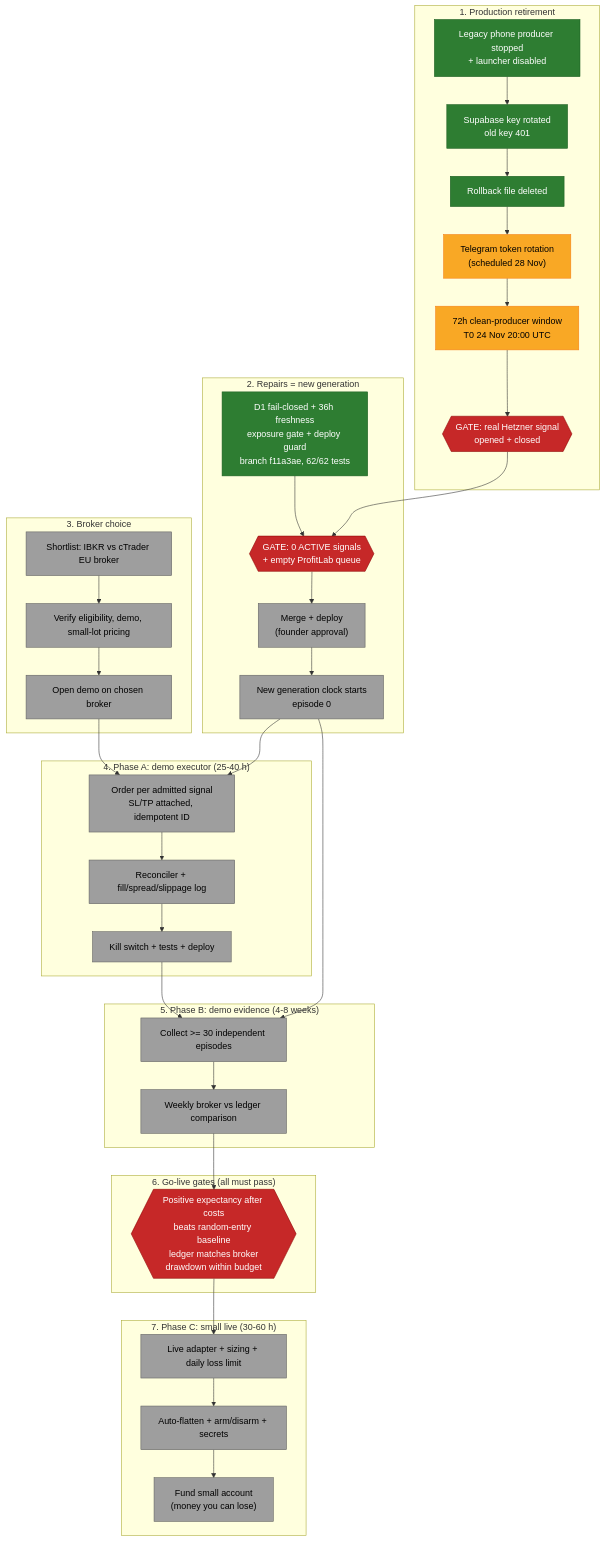
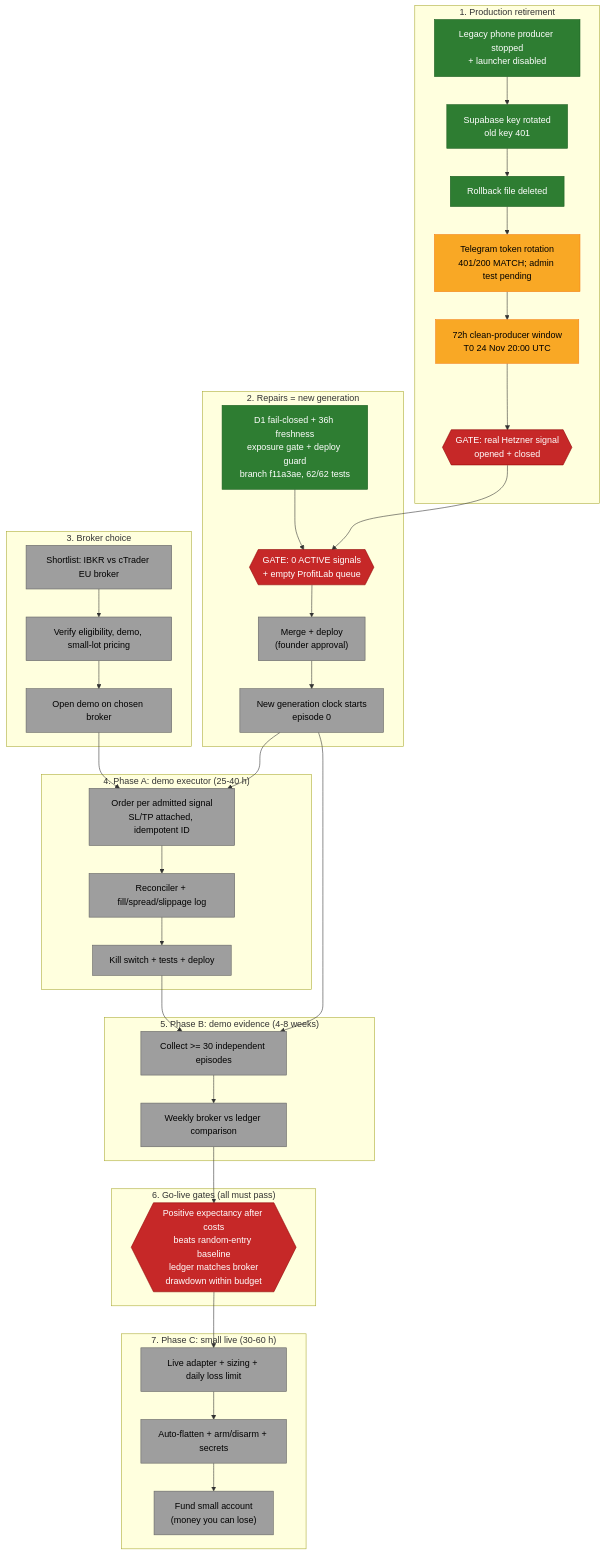
Before and after one commit to Ciupanezulflipper/BotA: the diagram in docs/plans/bota-execution-go-live-roadmap.md, drawn with Mermaid. The commit also changed other lines of this file and 3 other files, not shown here.

Commit message:
docs: reconcile BotA roadmap evidence and add canonical pointers (#140)

````diff
--- a/docs/plans/bota-execution-go-live-roadmap.md
+++ b/docs/plans/bota-execution-go-live-roadmap.md
@@ -10,69 +10,69 @@
 ```mermaid
 flowchart TD
     subgraph R["1. Production retirement"]
         R1["Legacy phone producer stopped<br/>+ launcher disabled"]
         R2["Supabase key rotated<br/>old key 401"]
         R3["Rollback file deleted"]
-        R4["Telegram token rotation<br/>(scheduled 28 Nov)"]
+        R4["Telegram token rotation<br/>401/200 MATCH; admin test pending"]
         R5["72h clean-producer window<br/>T0 24 Nov 20:00 UTC"]
         R6{{"GATE: real Hetzner signal<br/>opened + closed"}}
         R1 --> R2 --> R3 --> R4 --> R5 --> R6
     end
 
     subgraph P["2. Repairs = new generation"]
         P1["D1 fail-closed + 36h freshness<br/>exposure gate + deploy guard<br/>branch f11a3ae, 62/62 tests"]
         P2{{"GATE: 0 ACTIVE signals<br/>+ empty ProfitLab queue"}}
         P3["Merge + deploy<br/>(founder approval)"]
         P4["New generation clock starts<br/>episode 0"]
         P1 --> P2 --> P3 --> P4
     end
 
     subgraph B["3. Broker choice"]
         B1["Shortlist: IBKR vs cTrader EU broker"]
         B2["Verify eligibility, demo, small-lot pricing"]
         B3["Open demo on chosen broker"]
         B1 --> B2 --> B3
     end
 
     subgraph A["4. Phase A: demo executor (25-40 h)"]
         A1["Order per admitted signal<br/>SL/TP attached, idempotent ID"]
         A2["Reconciler + fill/spread/slippage log"]
         A3["Kill switch + tests + deploy"]
         A1 --> A2 --> A3
     end
 
     subgraph D["5. Phase B: demo evidence (4-8 weeks)"]
         D1["Collect >= 30 independent episodes"]
         D2["Weekly broker vs ledger comparison"]
         D1 --> D2
     end
 
     subgraph G["6. Go-live gates (all must pass)"]
         G1{{"Positive expectancy after costs<br/>beats random-entry baseline<br/>ledger matches broker<br/>drawdown within budget"}}
     end
 
     subgraph C["7. Phase C: small live (30-60 h)"]
         C1["Live adapter + sizing + daily loss limit"]
         C2["Auto-flatten + arm/disarm + secrets"]
         C3["Fund small account<br/>(money you can lose)"]
         C1 --> C2 --> C3
     end
 
     R6 --> P2
     P4 --> A1
     B3 --> A1
     A3 --> D1
     P4 --> D1
     D2 --> G1
     G1 --> C1
 
     classDef done fill:#2e7d32,stroke:#1b5e20,color:#ffffff;
     classDef active fill:#f9a825,stroke:#f57f17,color:#000000;
     classDef pending fill:#9e9e9e,stroke:#616161,color:#000000;
     classDef gate fill:#c62828,stroke:#8e0000,color:#ffffff;
 
     class R1,R2,R3,P1 done;
     class R4,R5 active;
     class R6,P2,G1 gate;
     class P3,P4,B1,B2,B3,A1,A2,A3,D1,D2,C1,C2,C3 pending;
 ```
````
